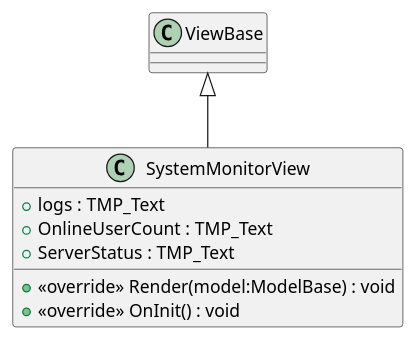
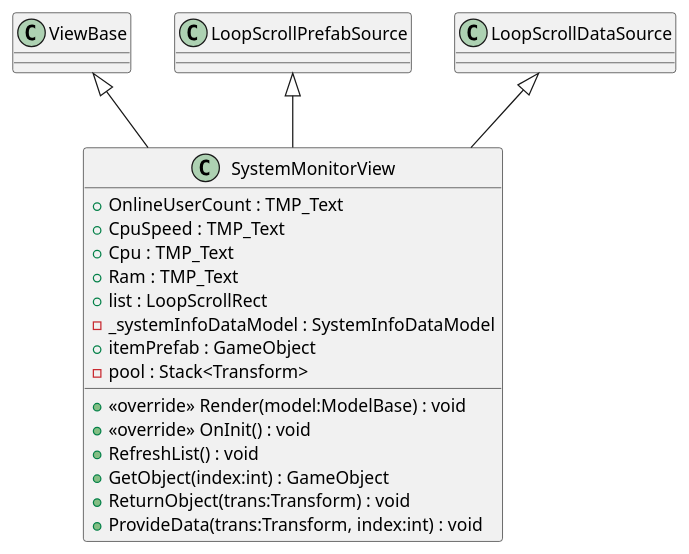
The diagram in src/Assets/Scripts/Core/AdminModule/puml/View/SystemMonitorView.puml (cutehusky/VirtualChat3D), drawn with PlantUML before and after one commit. The commit also changed 71 other files, not shown here.

First line of the commit message:
Update class diagram generation

```diff
--- a/src/Assets/Scripts/Core/AdminModule/puml/View/SystemMonitorView.puml
+++ b/src/Assets/Scripts/Core/AdminModule/puml/View/SystemMonitorView.puml
@@ -1,10 +1,21 @@
 @startuml
 class SystemMonitorView {
-    + logs : TMP_Text
     + OnlineUserCount : TMP_Text
-    + ServerStatus : TMP_Text
+    + CpuSpeed : TMP_Text
+    + Cpu : TMP_Text
+    + Ram : TMP_Text
+    + list : LoopScrollRect
+    - _systemInfoDataModel : SystemInfoDataModel
     + <<override>> Render(model:ModelBase) : void
     + <<override>> OnInit() : void
+    + RefreshList() : void
+    + itemPrefab : GameObject
+    - pool : Stack<Transform>
+    + GetObject(index:int) : GameObject
+    + ReturnObject(trans:Transform) : void
+    + ProvideData(trans:Transform, index:int) : void
 }
 ViewBase <|-- SystemMonitorView
+LoopScrollPrefabSource <|-- SystemMonitorView
+LoopScrollDataSource <|-- SystemMonitorView
 @enduml
```
